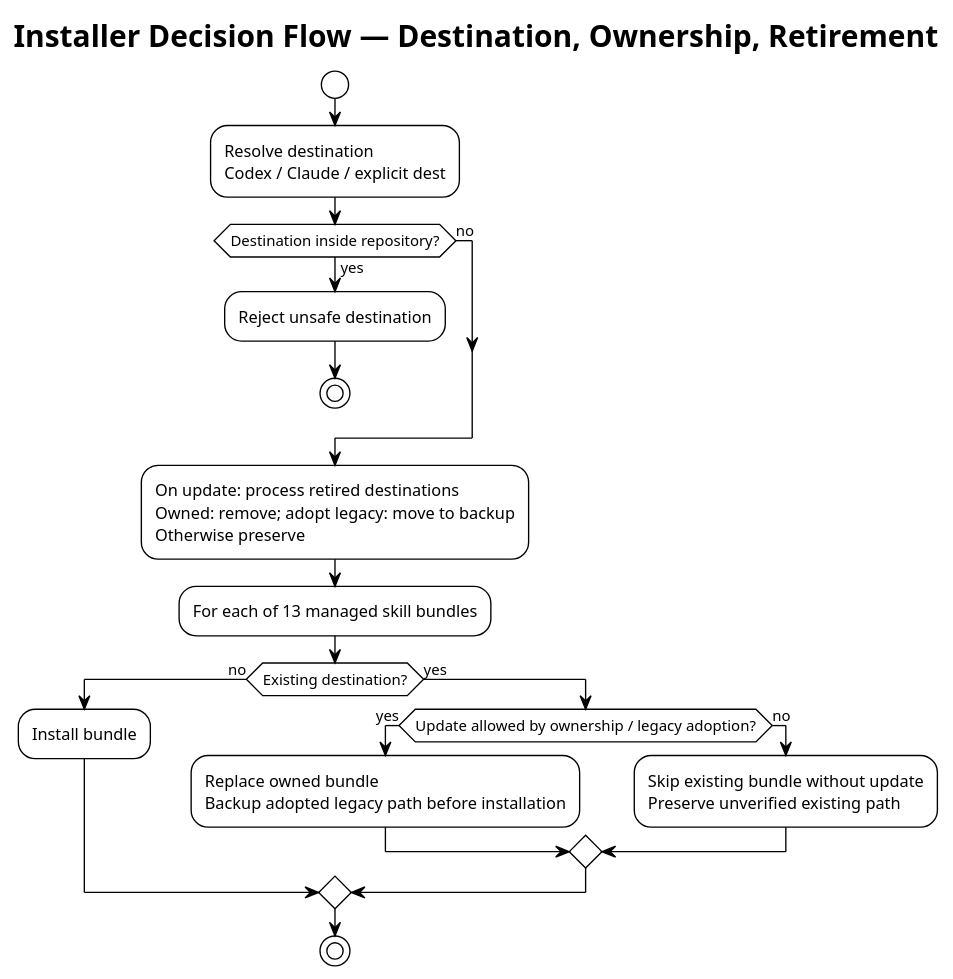
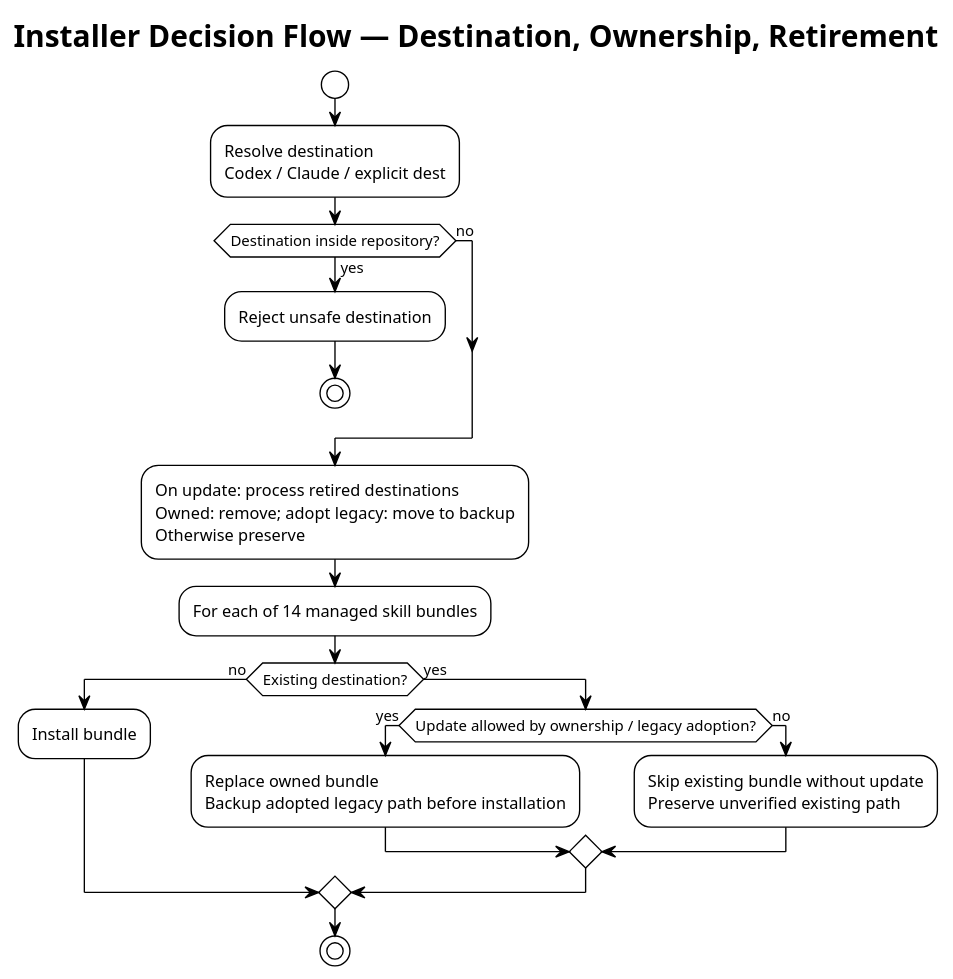
The diagram in docs/diagrams/installer-overview.puml (i-zrhe2016/codex-development-workflow), drawn with PlantUML before and after one commit. The commit also changed 14 other files, not shown here.

```diff
--- a/docs/diagrams/installer-overview.puml
+++ b/docs/diagrams/installer-overview.puml
@@ -1,27 +1,27 @@
 @startuml
 !theme plain
 skinparam shadowing false
 skinparam defaultFontName Arial
 
 title Installer Decision Flow — Destination, Ownership, Retirement
 
 start
 :Resolve destination\nCodex / Claude / explicit dest;
 if (Destination inside repository?) then (yes)
   :Reject unsafe destination;
   stop
 else (no)
 endif
 :On update: process retired destinations\nOwned: remove; adopt legacy: move to backup\nOtherwise preserve;
-:For each of 13 managed skill bundles;
+:For each of 14 managed skill bundles;
 if (Existing destination?) then (no)
   :Install bundle;
 else (yes)
   if (Update allowed by ownership / legacy adoption?) then (yes)
     :Replace owned bundle\nBackup adopted legacy path before installation;
   else (no)
     :Skip existing bundle without update\nPreserve unverified existing path;
   endif
 endif
 stop
 @enduml
```
